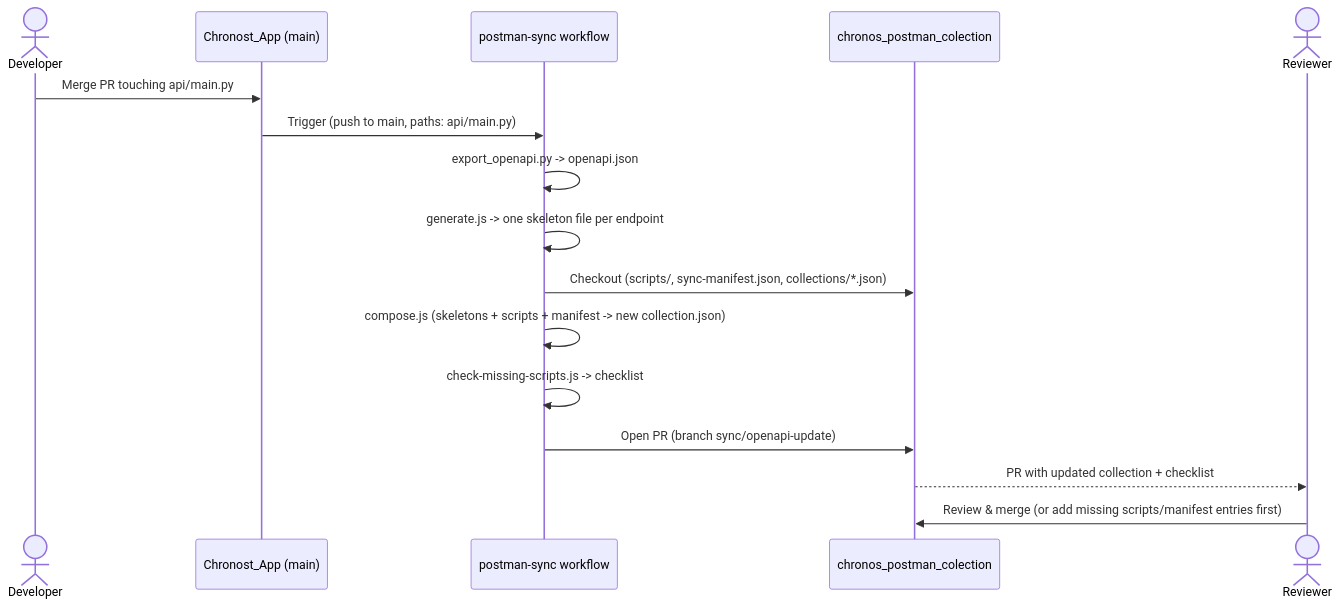
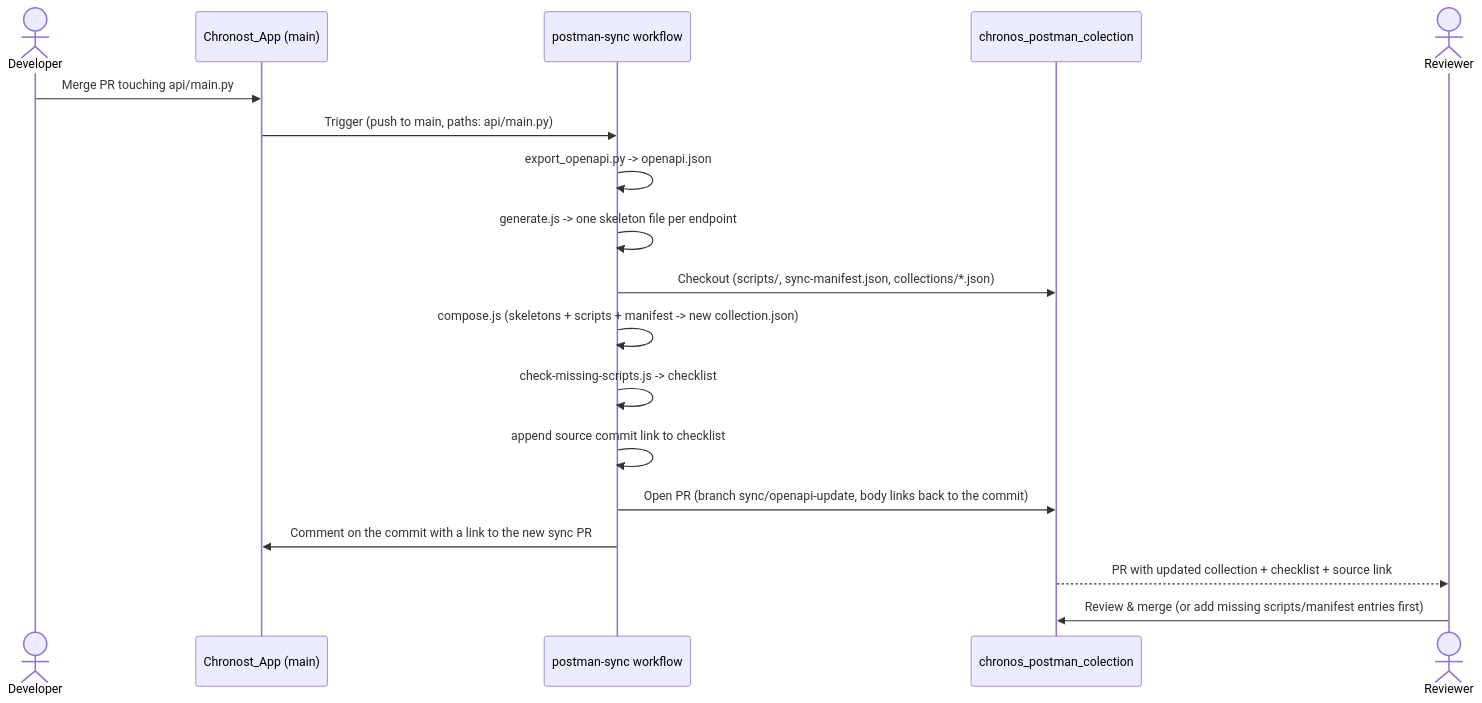
One commit to jirivondra/Chronost_App changed the diagram in postman-sync/README.md. Above: the diagram before and after it, drawn with Mermaid. The commit also changed other lines of this file and 2 other files, not shown here.

Commit message:
feat: link the Postman sync PR back to its triggering commit
The sync workflow always opens/updates the same sync/openapi-update
branch in chronos_postman_colection, so there was no way to tell which
Chronost_App commit produced a given sync PR. Append a source-commit
link to the PR body and comment the PR URL back on the commit, so you
can jump between the two.

````diff
--- a/postman-sync/README.md
+++ b/postman-sync/README.md
@@ -7,19 +7,21 @@
 ```mermaid
 sequenceDiagram
     actor Dev as Developer
     participant App as Chronost_App (main)
     participant CI as postman-sync workflow
     participant Repo as chronos_postman_colection
     actor Rev as Reviewer
 
     Dev->>App: Merge PR touching api/main.py
     App->>CI: Trigger (push to main, paths: api/main.py)
     CI->>CI: export_openapi.py -> openapi.json
     CI->>CI: generate.js -> one skeleton file per endpoint
     CI->>Repo: Checkout (scripts/, sync-manifest.json, collections/*.json)
     CI->>CI: compose.js (skeletons + scripts + manifest -> new collection.json)
     CI->>CI: check-missing-scripts.js -> checklist
-    CI->>Repo: Open PR (branch sync/openapi-update)
-    Repo-->>Rev: PR with updated collection + checklist
+    CI->>CI: append source commit link to checklist
+    CI->>Repo: Open PR (branch sync/openapi-update, body links back to the commit)
+    CI->>App: Comment on the commit with a link to the new sync PR
+    Repo-->>Rev: PR with updated collection + checklist + source link
     Rev->>Repo: Review & merge (or add missing scripts/manifest entries first)
 ```
````
